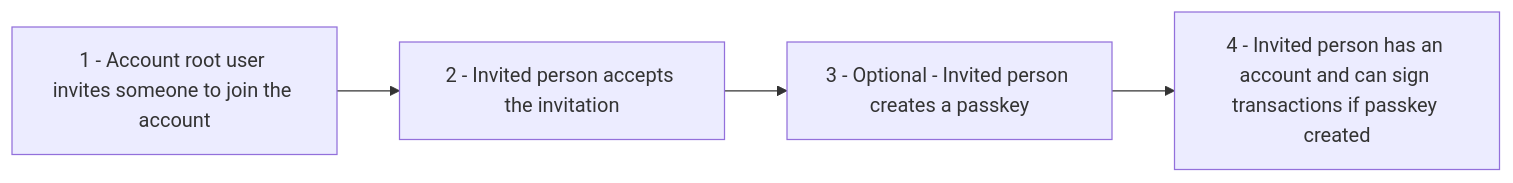
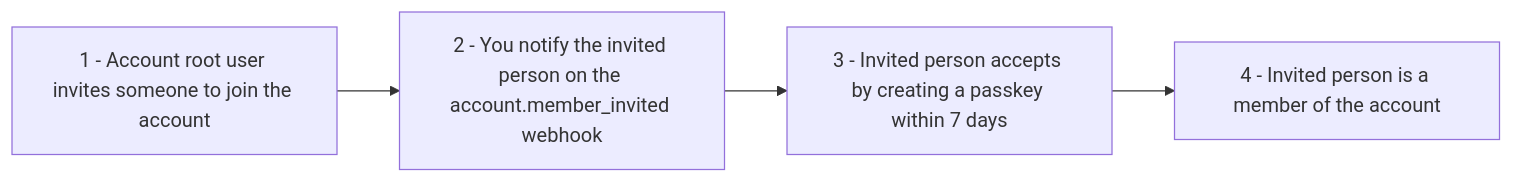
Before and after one commit to Byzantine-Finance/docs: the second of 3 diagrams in api-reference/multi-users-account.mdx, drawn with Mermaid. The commit also changed other lines of this file and 8 other files, not shown here.

````diff
--- a/api-reference/multi-users-account.mdx
+++ b/api-reference/multi-users-account.mdx
@@ -43,6 +43,6 @@
 ```mermaid
 flowchart LR
-    A[1 - Account root user invites someone to join the account] --> B[2 - Invited person accepts the invitation]
-    B --> C[3 - Optional - Invited person creates a passkey]
-    C --> D[4 - Invited person has an account and can sign transactions if passkey created]
+    A[1 - Account root user invites someone to join the account] --> B[2 - You notify the invited person on the account.member_invited webhook]
+    B --> C[3 - Invited person accepts by creating a passkey within 7 days]
+    C --> D[4 - Invited person is a member of the account]
 ```
````
